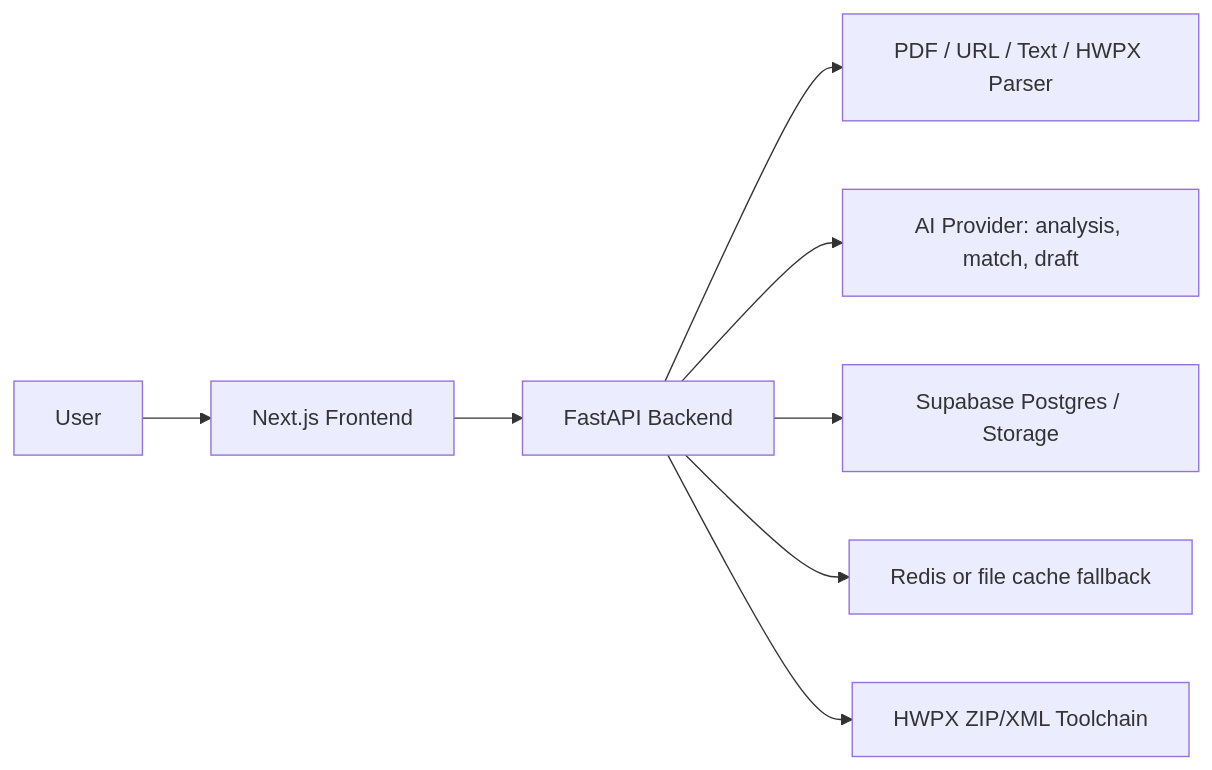
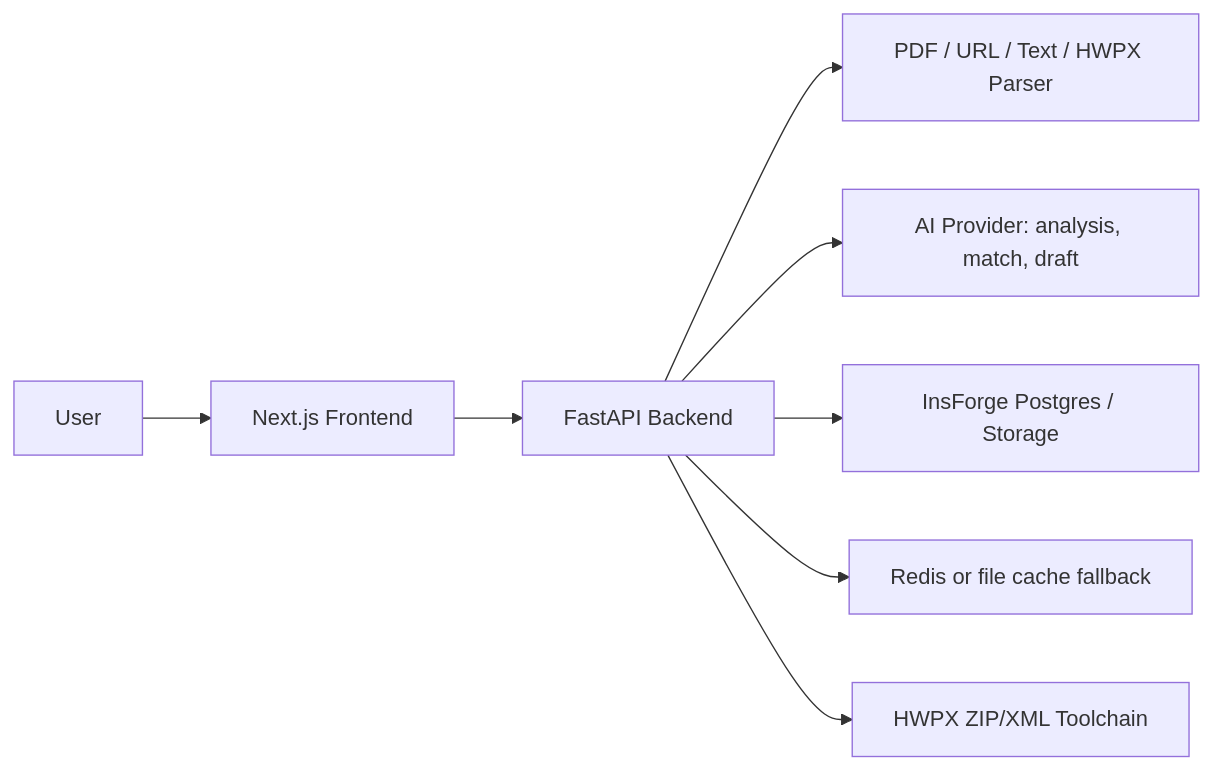
Before and after one commit to mingyugim090-debug/DockLive: the diagram in docs/engineering/architecture.md, drawn with Mermaid. The commit also changed other lines of this file and 32 other files, not shown here.

First line of the commit message:
feat: migrate to InsForge, add auth flow, and update landing UI

````diff
--- a/docs/engineering/architecture.md
+++ b/docs/engineering/architecture.md
@@ -7,10 +7,10 @@
 ```mermaid
 flowchart LR
   U["User"] --> FE["Next.js Frontend"]
   FE --> API["FastAPI Backend"]
   API --> Parser["PDF / URL / Text / HWPX Parser"]
   API --> AI["AI Provider: analysis, match, draft"]
-  API --> Store["Supabase Postgres / Storage"]
+  API --> Store["InsForge Postgres / Storage"]
   API --> Cache["Redis or file cache fallback"]
   API --> HWPX["HWPX ZIP/XML Toolchain"]
 ```
````
